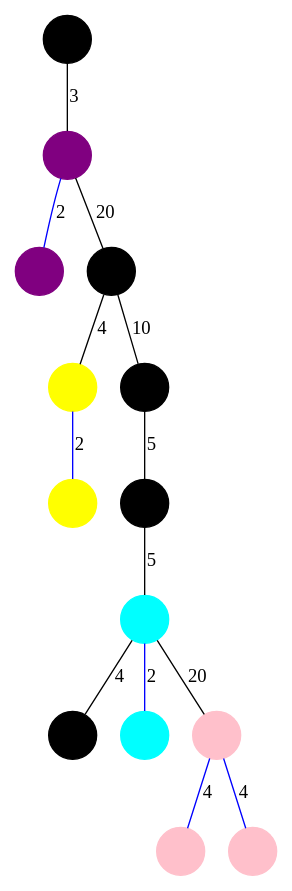
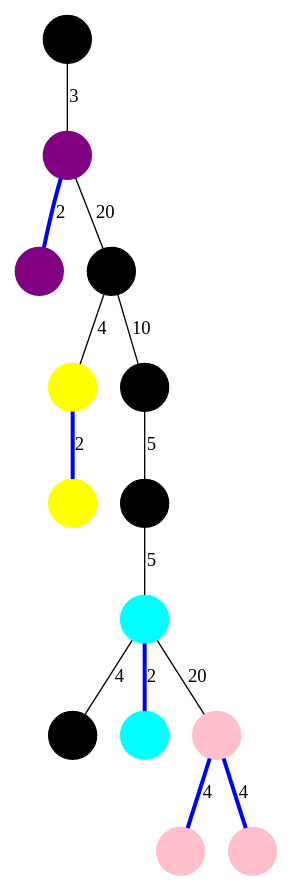
One commit to sgolodetz/thesis changed the diagram in segmentation/graphs/marcowaterfall/localminimaelision.gv. Above: the diagram before and after it, drawn with Graphviz. The commit also changed 13 other files, not shown here.

```diff
--- a/segmentation/graphs/marcowaterfall/localminimaelision.gv
+++ b/segmentation/graphs/marcowaterfall/localminimaelision.gv
@@ -1,30 +1,30 @@
 digraph
 {
 	compound = true;
 	node [shape=circle, style=filled, color=black, label=""];
 	edge [dir=both, arrowtail=none, arrowhead=none];
 
 	n0 -> n1 [label=3];
-	n1 -> n2 [label=2, color=blue];
+	n1 -> n2 [label=2, color=blue, penwidth=3];
 	n1 -> n3 [label=20];
 	n3 -> n4 [label=4];
 	n3 -> n5 [label=10];
-	n4 -> n6 [label=2, color=blue];
+	n4 -> n6 [label=2, color=blue, penwidth=3];
 	n5 -> n7 [label=5];
 	n7 -> n8 [label=5];
 	n8 -> n9 [label=4];
-	n8 -> n10 [label=2, color=blue];
+	n8 -> n10 [label=2, color=blue, penwidth=3];
 	n8 -> n11 [label=20];
-	n11 -> n12 [label=4, color=blue];
-	n11 -> n13 [label=4, color=blue];
+	n11 -> n12 [label=4, color=blue, penwidth=3];
+	n11 -> n13 [label=4, color=blue, penwidth=3];
 
 	n1 [color=purple];
 	n2 [color=purple];
 	n4 [color=yellow];
 	n6 [color=yellow];
 	n8 [color=cyan];
 	n10 [color=cyan];
 	n11 [color=pink];
 	n12 [color=pink];
 	n13 [color=pink];
 }
```
